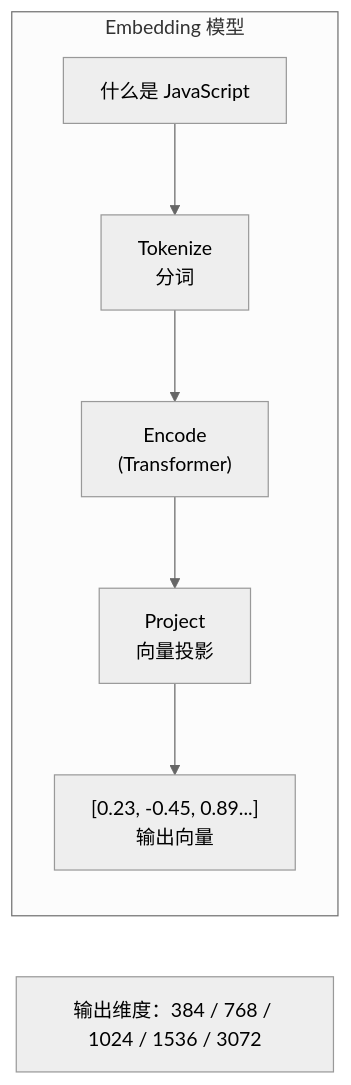
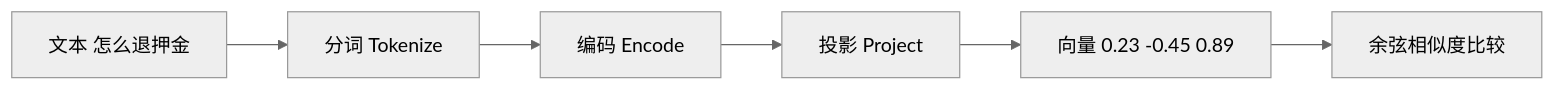
Before and after one commit to Shyu-x/frontend-interview: the fifth of 9 diagrams in docs/agent/applications/rag-principles-retrieval.md, drawn with Mermaid (neutral theme). The commit also changed other lines of this file and 58 other files, not shown here.

````diff
--- a/docs/agent/applications/rag-principles-retrieval.md
+++ b/docs/agent/applications/rag-principles-retrieval.md
@@ -411,11 +466,8 @@
 ```mermaid
 flowchart LR
-    subgraph Embedding["Embedding 模型"]
-        direction TB
-        Q[""什么是 JavaScript""] --> T["Tokenize<br/>分词"]
-        T --> E["Encode<br/>(Transformer)"]
-        E --> P["Project<br/>向量投影"]
-        P --> V["[0.23, -0.45, 0.89...]<br/>输出向量"]
-    end
-    O["输出维度：384 / 768 / 1024 / 1536 / 3072"]
+    T["文本 怎么退押金"] --> TK["分词 Tokenize"]
+    TK --> EN["编码 Encode"]
+    EN --> PR["投影 Project"]
+    PR --> V["向量 0.23 -0.45 0.89"]
+    V --> C["余弦相似度比较"]
 ```
````
